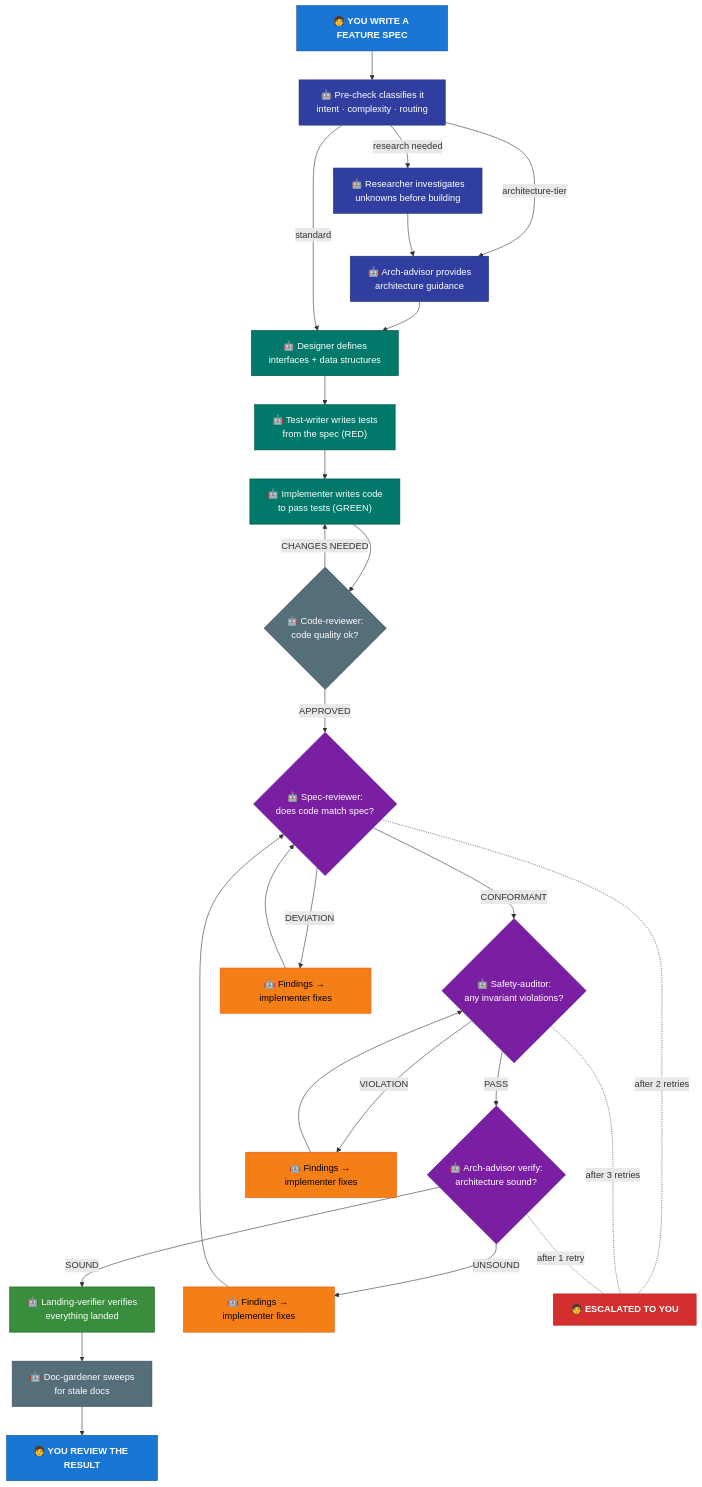
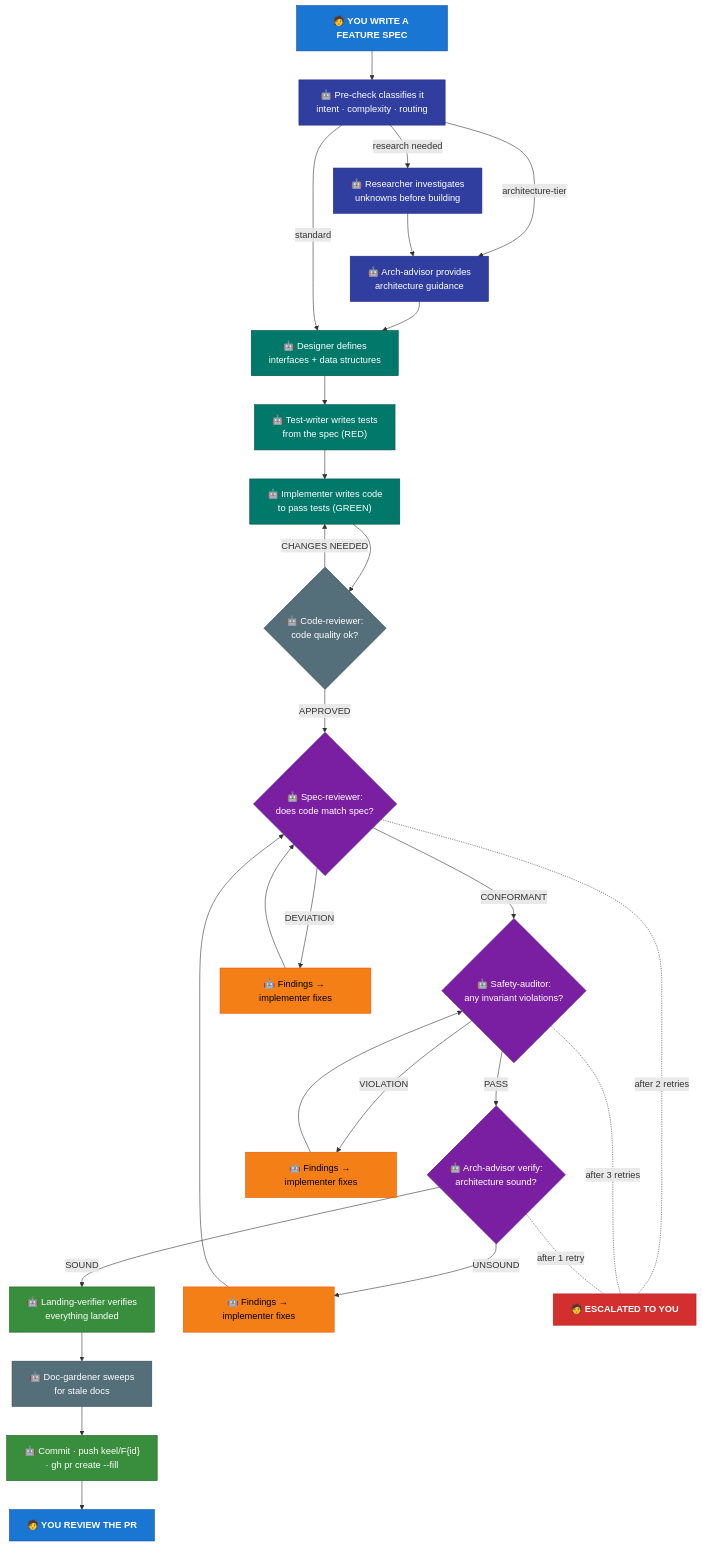
The first of 5 diagrams in docs/HOW-IT-WORKS.md (TejGandham/keel), drawn with Mermaid before and after one commit. The commit also changed 3 other files, not shown here.

````diff
--- a/docs/HOW-IT-WORKS.md
+++ b/docs/HOW-IT-WORKS.md
@@ -11,48 +11,50 @@
 ```mermaid
 graph TD
     Spec["🧑 <b>YOU WRITE A FEATURE SPEC</b>"] --> PC["🤖 Pre-check classifies it<br/>intent · complexity · routing"]
     PC -->|"research needed"| R["🤖 Researcher investigates<br/>unknowns before building"]
     PC -->|"architecture-tier"| OC["🤖 Arch-advisor provides<br/>architecture guidance"]
     R --> OC
     OC --> D["🤖 Designer defines<br/>interfaces + data structures"]
     PC -->|"standard"| D
     D --> TW["🤖 Test-writer writes tests<br/>from the spec (RED)"]
     TW --> IMP["🤖 Implementer writes code<br/>to pass tests (GREEN)"]
     IMP --> CR{"🤖 Code-reviewer:<br/>code quality ok?"}
     CR -->|"APPROVED"| SR{"🤖 Spec-reviewer:<br/>does code match spec?"}
     CR -->|"CHANGES NEEDED"| IMP
     SR -->|"CONFORMANT"| SA{"🤖 Safety-auditor:<br/>any invariant violations?"}
     SR -->|"DEVIATION"| FIX1["🤖 Findings → implementer fixes"]
     FIX1 --> SR
     SA -->|"PASS"| OV{"🤖 Arch-advisor verify:<br/>architecture sound?"}
     SA -->|"VIOLATION"| FIX2["🤖 Findings → implementer fixes"]
     FIX2 --> SA
     OV -->|"SOUND"| PL["🤖 Landing-verifier verifies<br/>everything landed"]
     OV -->|"UNSOUND"| FIX3["🤖 Findings → implementer fixes"]
     FIX3 --> SR
     PL --> GC["🤖 Doc-gardener sweeps<br/>for stale docs"]
-    GC --> PR["🧑 <b>YOU REVIEW THE RESULT</b>"]
+    GC --> LAND["🤖 Commit · push keel/F{id}<br/>· gh pr create --fill"]
+    LAND --> PR["🧑 <b>YOU REVIEW THE PR</b>"]
 
     SR -.-|"after 2 retries"| ESC["🧑 <b>ESCALATED TO YOU</b>"]
     SA -.-|"after 3 retries"| ESC
     OV -.-|"after 1 retry"| ESC
 
     style Spec fill:#1976D2,stroke:#0D47A1,color:#fff
     style PC fill:#303F9F,stroke:#1A237E,color:#fff
     style R fill:#303F9F,stroke:#1A237E,color:#fff
     style OC fill:#303F9F,stroke:#1A237E,color:#fff
     style D fill:#00796B,stroke:#004D40,color:#fff
     style TW fill:#00796B,stroke:#004D40,color:#fff
     style IMP fill:#00796B,stroke:#004D40,color:#fff
     style CR fill:#546E7A,stroke:#37474F,color:#fff
     style SR fill:#7B1FA2,stroke:#4A148C,color:#fff
     style SA fill:#7B1FA2,stroke:#4A148C,color:#fff
     style OV fill:#7B1FA2,stroke:#4A148C,color:#fff
     style FIX1 fill:#F57F17,stroke:#E65100,color:#000
     style FIX2 fill:#F57F17,stroke:#E65100,color:#000
     style FIX3 fill:#F57F17,stroke:#E65100,color:#000
     style PL fill:#388E3C,stroke:#1B5E20,color:#fff
     style GC fill:#546E7A,stroke:#37474F,color:#fff
+    style LAND fill:#388E3C,stroke:#1B5E20,color:#fff
     style PR fill:#1976D2,stroke:#0D47A1,color:#fff
     style ESC fill:#D32F2F,stroke:#B71C1C,color:#fff
 ```
````
